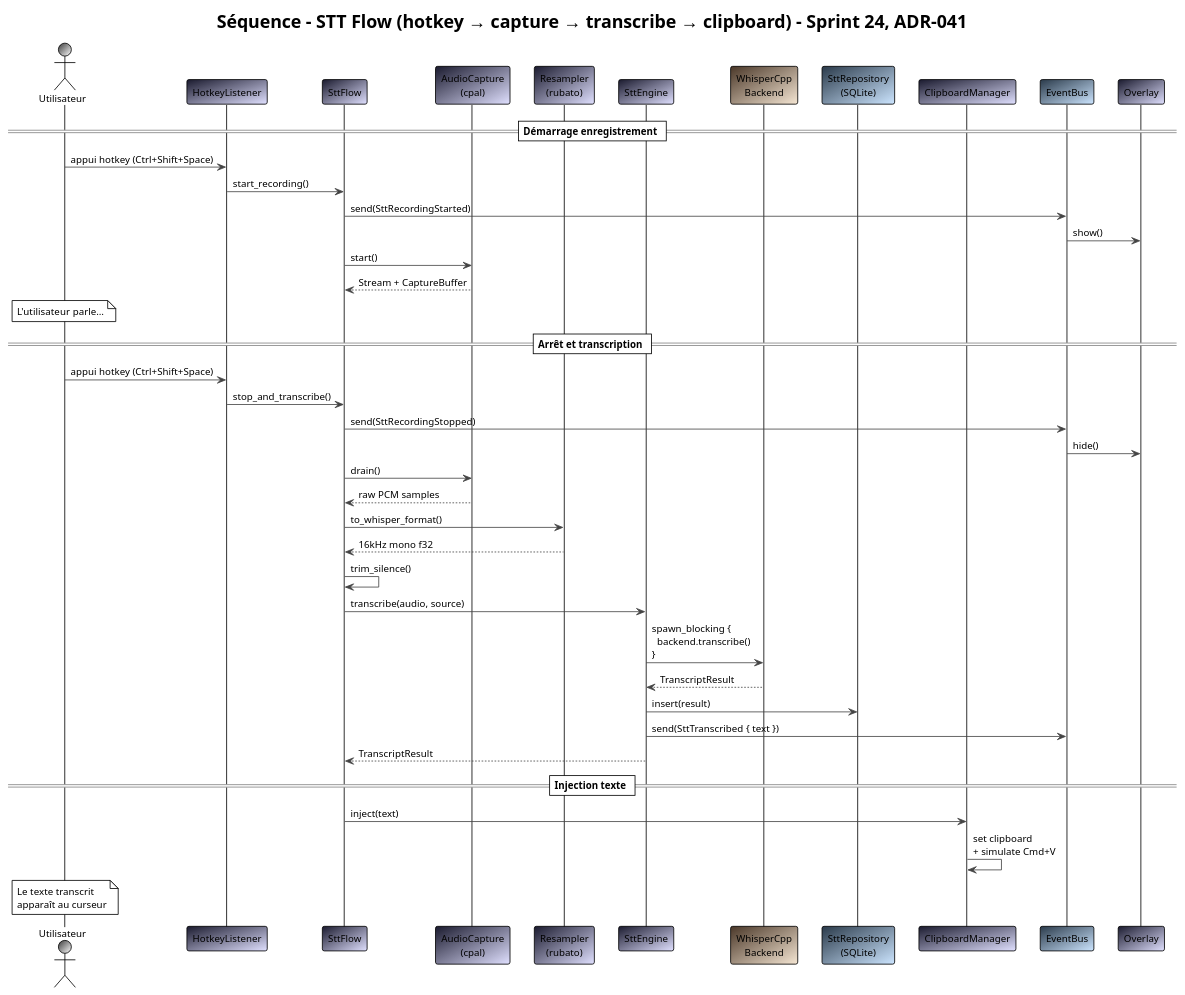
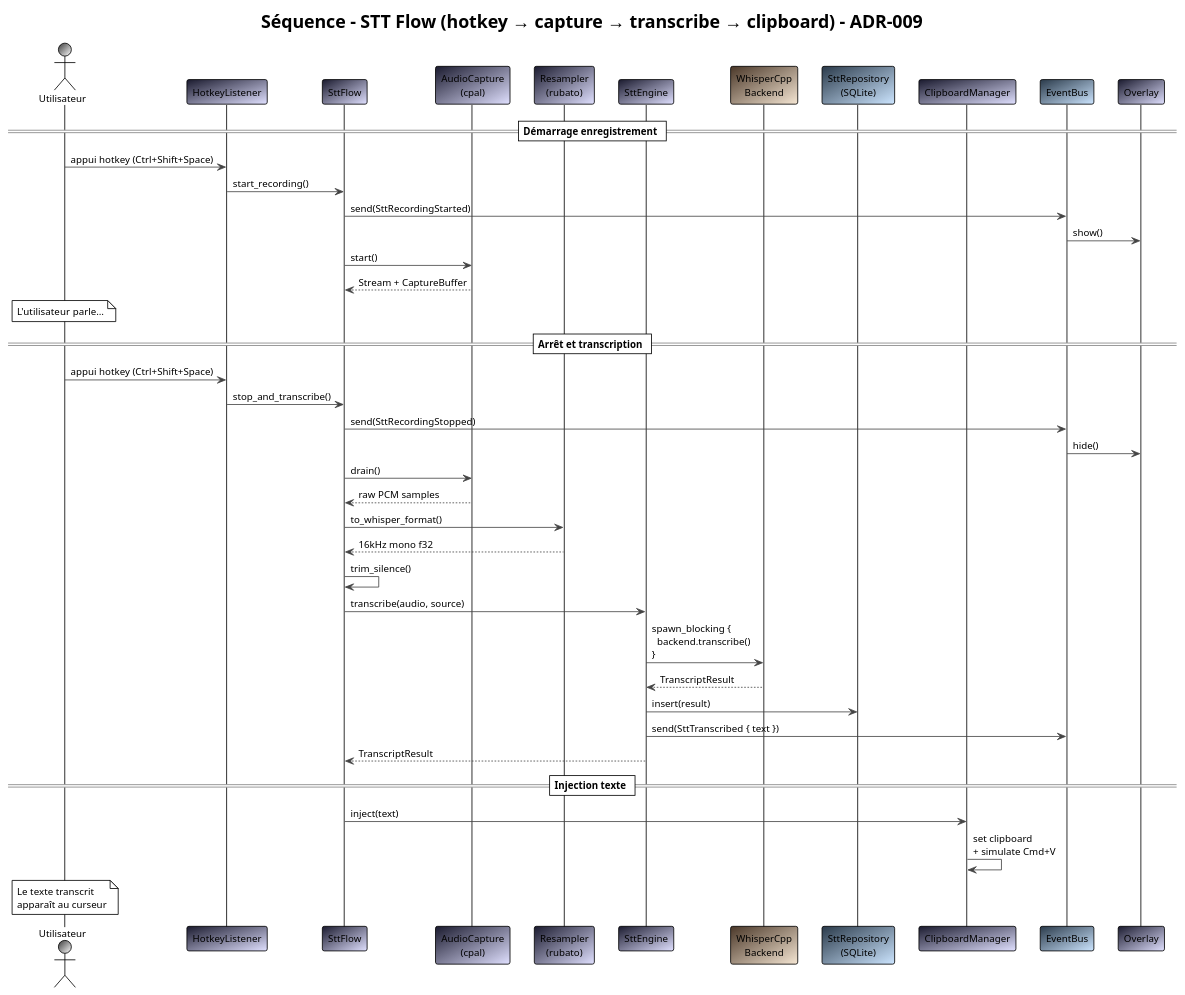
One commit to nidal-z/apollia-os changed the diagram in docs/diagrams/seq-stt-flow.puml. Above: the diagram before and after it, drawn with PlantUML. The commit also changed 266 other files, not shown here.

```diff
--- a/docs/diagrams/seq-stt-flow.puml
+++ b/docs/diagrams/seq-stt-flow.puml
@@ -1,65 +1,65 @@
 @startuml seq-stt-flow
 !theme plain
 skinparam backgroundColor #FFFFFF
 skinparam defaultFontName "JetBrains Mono"
 skinparam defaultFontSize 12
 skinparam ArrowColor #444444
 skinparam BorderColor #444444
 skinparam SequenceGroupBorderColor #888888
 
-title Séquence - STT Flow (hotkey → capture → transcribe → clipboard) - Sprint 24, ADR-041
+title Séquence - STT Flow (hotkey → capture → transcribe → clipboard) - ADR-009
 
 actor "Utilisateur" as user #3a3a3a/ffffff
 participant "HotkeyListener" as hotkey #1a1a2e/e0e0ff
 participant "SttFlow" as flow #1a1a2e/e0e0ff
 participant "AudioCapture\n(cpal)" as capture #1a1a2e/e0e0ff
 participant "Resampler\n(rubato)" as resample #1a1a2e/e0e0ff
 participant "SttEngine" as engine #1a1a2e/e0e0ff
 participant "WhisperCpp\nBackend" as whisper #4a3728/f5e6d3
 participant "SttRepository\n(SQLite)" as repo #2a3a4a/cce5ff
 participant "ClipboardManager" as clipboard #1a1a2e/e0e0ff
 participant "EventBus" as bus #2a3a4a/cce5ff
 participant "Overlay" as overlay #1a1a2e/e0e0ff
 
 == Démarrage enregistrement ==
 
 user -> hotkey : appui hotkey (Ctrl+Shift+Space)
 hotkey -> flow : start_recording()
 flow -> bus : send(SttRecordingStarted)
 bus -> overlay : show()
 flow -> capture : start()
 capture --> flow : Stream + CaptureBuffer
 
 note over user : L'utilisateur parle…
 
 == Arrêt et transcription ==
 
 user -> hotkey : appui hotkey (Ctrl+Shift+Space)
 hotkey -> flow : stop_and_transcribe()
 flow -> bus : send(SttRecordingStopped)
 bus -> overlay : hide()
 
 flow -> capture : drain()
 capture --> flow : raw PCM samples
 
 flow -> resample : to_whisper_format()
 resample --> flow : 16kHz mono f32
 
 flow -> flow : trim_silence()
 
 flow -> engine : transcribe(audio, source)
 engine -> whisper : spawn_blocking {\n  backend.transcribe()\n}
 whisper --> engine : TranscriptResult
 
 engine -> repo : insert(result)
 engine -> bus : send(SttTranscribed { text })
 engine --> flow : TranscriptResult
 
 == Injection texte ==
 
 flow -> clipboard : inject(text)
 clipboard -> clipboard : set clipboard\n+ simulate Cmd+V
 
 note over user : Le texte transcrit\napparaît au curseur
 
 @enduml
```
